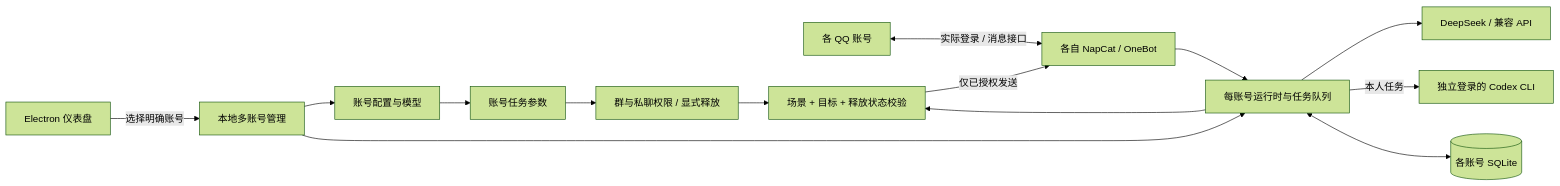
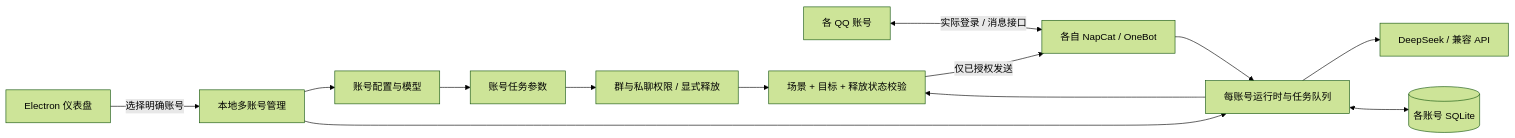
The diagram in README.md (klwb360/QQ_Service), drawn with Mermaid (forest theme) before and after one commit. The commit also changed other lines of this file and 48 other files, not shown here.

````diff
--- a/README.md
+++ b/README.md
@@ -89,16 +90,15 @@
 ```mermaid
 flowchart LR
   UI[Electron 仪表盘] -->|选择明确账号| Accounts[本地多账号管理]
   Accounts --> Config[账号配置与模型]
   Config --> Tasks[账号任务参数]
   Tasks --> Permissions[群与私聊权限 / 显式释放]
   QQ[各 QQ 账号] <-->|实际登录 / 消息接口| NapCat[各自 NapCat / OneBot]
   NapCat --> Runtime[每账号运行时与任务队列]
   Accounts --> Runtime
   Runtime --> DS[DeepSeek / 兼容 API]
-  Runtime -->|本人任务| Codex[独立登录的 Codex CLI]
   Runtime <--> DB[(各账号 SQLite)]
   Runtime --> Gate[场景 + 目标 + 释放状态校验]
   Permissions --> Gate
   Gate -->|仅已授权发送| NapCat
 ```
````
